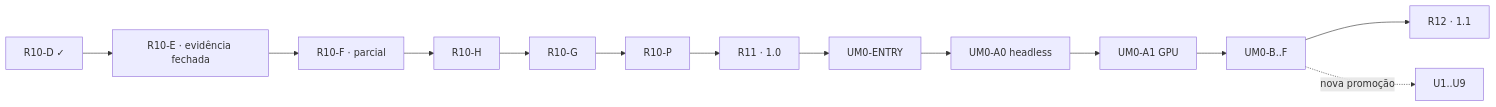
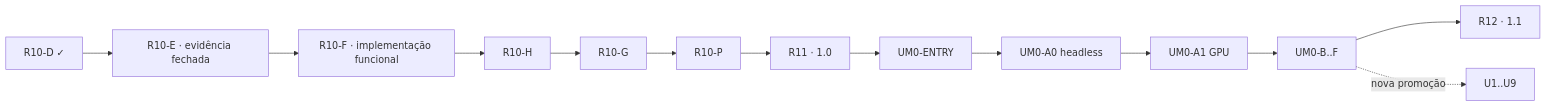
One commit to blightghp/blightghp changed the diagram in docs/planning/ROADMAP.md. Above: the diagram before and after it, drawn with Mermaid. The commit also changed other lines of this file and 11 other files, not shown here.

````diff
--- a/docs/planning/ROADMAP.md
+++ b/docs/planning/ROADMAP.md
@@ -73,8 +73,8 @@
 ```mermaid
 flowchart LR
-    D["R10-D ✓"] --> E["R10-E · evidência fechada"] --> F["R10-F · parcial"] --> H["R10-H"]
+    D["R10-D ✓"] --> E["R10-E · evidência fechada"] --> F["R10-F · implementação funcional"] --> H["R10-H"]
     H --> G["R10-G"] --> P["R10-P"] --> R11["R11 · 1.0"]
     R11 --> ENTRY["UM0-ENTRY"] --> A0["UM0-A0 headless"] --> A1["UM0-A1 GPU"]
     A1 --> UM0["UM0-B..F"] --> R12["R12 · 1.1"]
     UM0 -. "nova promoção" .-> UH["U1..U9"]
 ```
````
